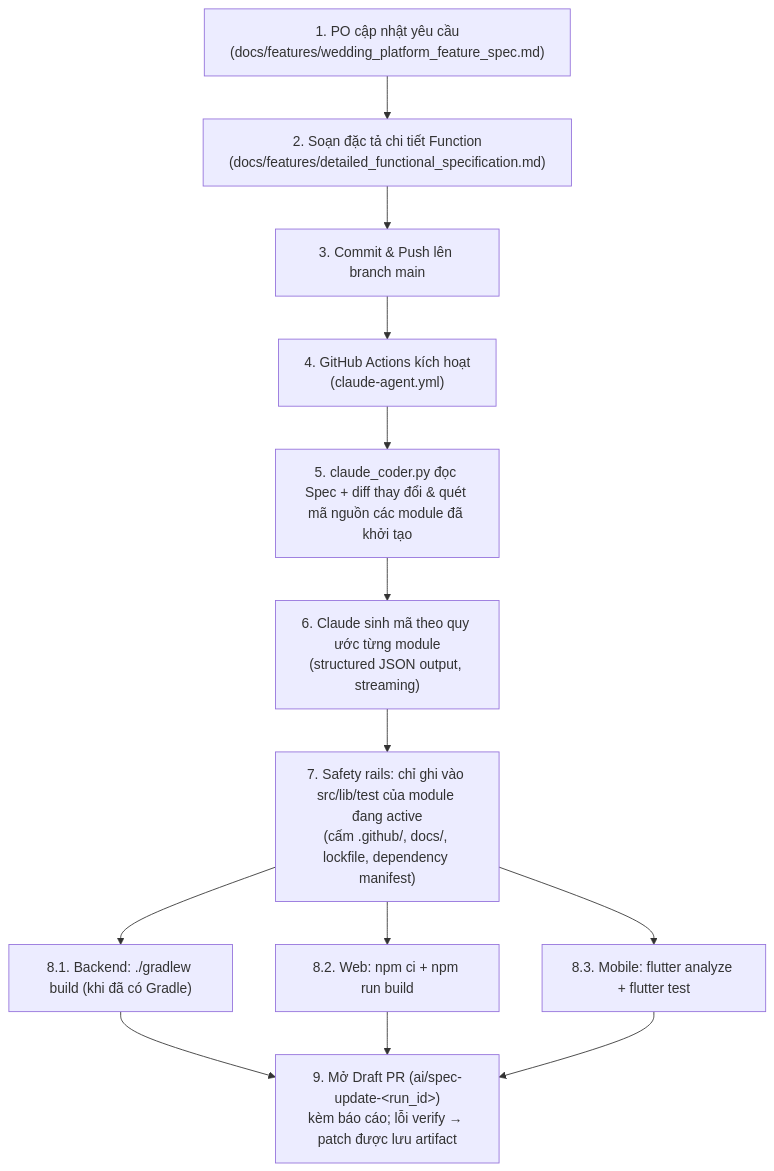
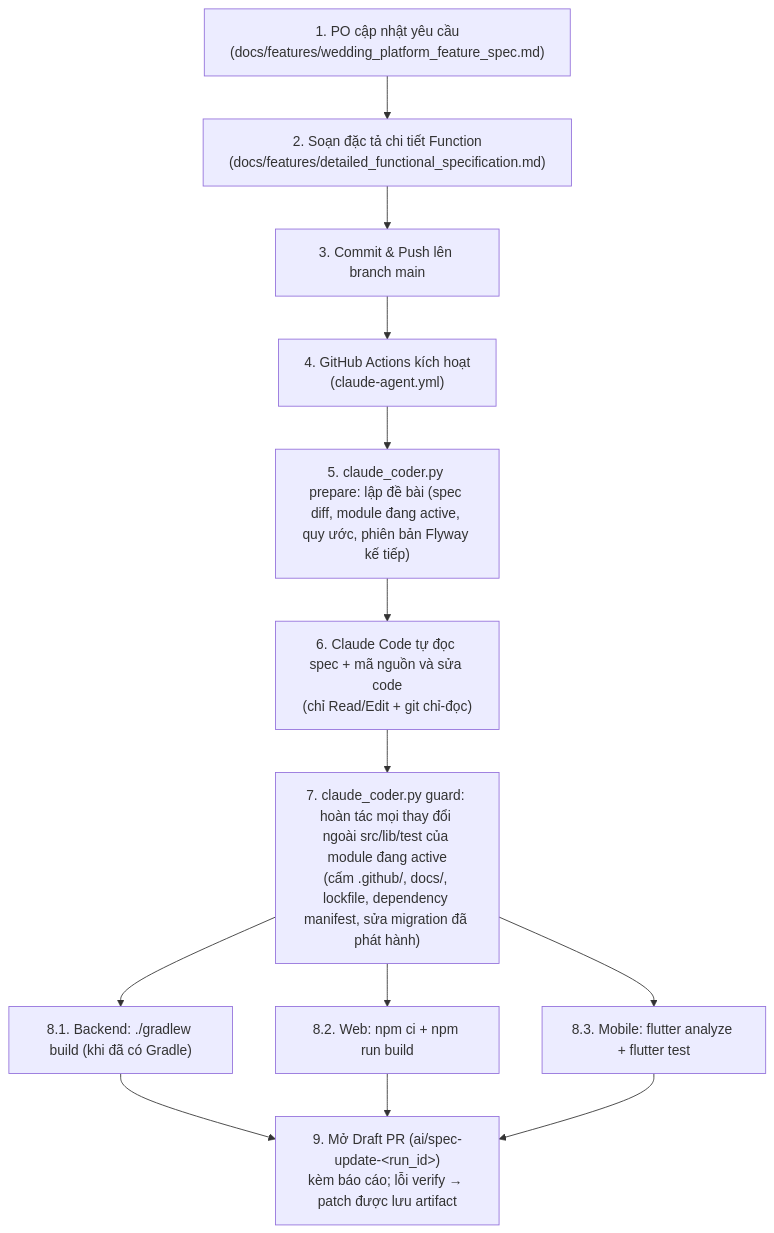
Before and after one commit to WhIm1598/wedding-event: the diagram in README.md, drawn with Mermaid. The commit also changed other lines of this file and 27 other files, not shown here.

Commit message:
Remove Antigravity, change to Claude.md. Update generation code flow and agent.

````diff
--- a/README.md
+++ b/README.md
@@ -52,13 +53,13 @@
 ```mermaid
 flowchart TD
     PO["1. PO cập nhật yêu cầu<br/>(docs/features/wedding_platform_feature_spec.md)"] --> BA["2. Soạn đặc tả chi tiết Function<br/>(docs/features/detailed_functional_specification.md)"]
     BA --> Push["3. Commit & Push lên branch main"]
     Push --> CI["4. GitHub Actions kích hoạt<br/>(claude-agent.yml)"]
-    CI --> PythonScript["5. claude_coder.py đọc Spec + diff thay đổi & quét mã nguồn các module đã khởi tạo"]
-    PythonScript --> ClaudeAI["6. Claude sinh mã theo quy ước từng module<br/>(structured JSON output, streaming)"]
-    ClaudeAI --> Guard["7. Safety rails: chỉ ghi vào src/lib/test của module đang active<br/>(cấm .github/, docs/, lockfile, dependency manifest)"]
+    CI --> PythonScript["5. claude_coder.py prepare: lập đề bài (spec diff, module đang active, quy ước, phiên bản Flyway kế tiếp)"]
+    PythonScript --> ClaudeAI["6. Claude Code tự đọc spec + mã nguồn và sửa code<br/>(chỉ Read/Edit + git chỉ-đọc)"]
+    ClaudeAI --> Guard["7. claude_coder.py guard: hoàn tác mọi thay đổi ngoài src/lib/test của module đang active<br/>(cấm .github/, docs/, lockfile, dependency manifest, sửa migration đã phát hành)"]
     Guard --> VerifyJava["8.1. Backend: ./gradlew build (khi đã có Gradle)"]
     Guard --> VerifyWeb["8.2. Web: npm ci + npm run build"]
     Guard --> VerifyMobile["8.3. Mobile: flutter analyze + flutter test"]
     VerifyJava & VerifyWeb & VerifyMobile --> PR["9. Mở Draft PR (ai/spec-update-&lt;run_id&gt;)<br/>kèm báo cáo; lỗi verify → patch được lưu artifact"]
 ```
````
